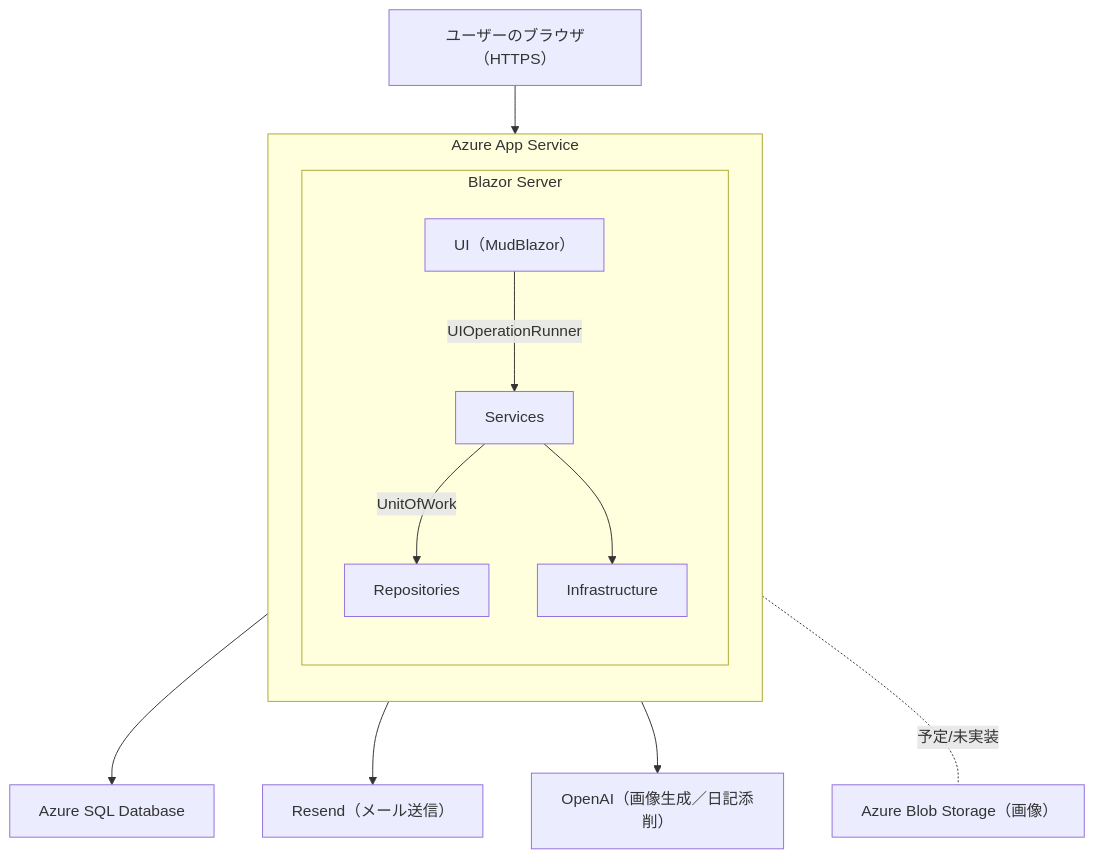
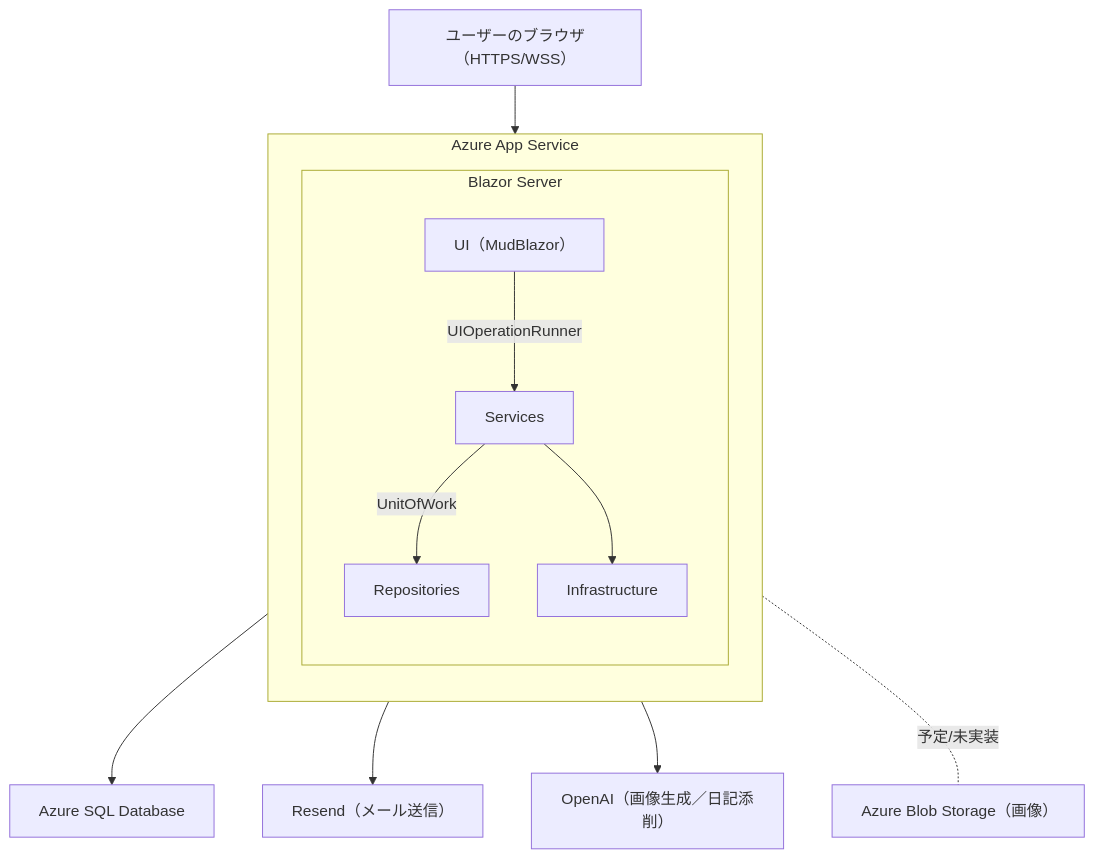
One commit to nsznsnb/PhrazorApp changed the diagram in README.md. Above: the diagram before and after it, drawn with Mermaid.

Commit message:
システム構成図にWSS(WebSocket)の記述を添える

````diff
--- a/README.md
+++ b/README.md
@@ -24,29 +24,29 @@
 ```mermaid
 flowchart TB
 
-  Client["ユーザーのブラウザ（HTTPS）"]
+  Client["ユーザーのブラウザ（HTTPS/WSS）"]
 
   subgraph Azure["Azure App Service"]
     direction TB
 
     subgraph Blazor["Blazor Server"]
       direction TB
      UI["UI（MudBlazor）"]
      SVC["Services"]
      INF["Infrastructure"]
      DATA["Repositories"]
      UI -->|UIOperationRunner| SVC
      SVC -->|UnitOfWork| DATA
      SVC --> INF
     end
   end
 
   Client --> UI
 
   DATA --> SQL["Azure SQL Database"]
   INF --> RESEND["Resend（メール送信）"]
   INF --> OPENAI["OpenAI（画像生成／日記添削）"]
   INF -.予定/未実装.- BLOB["Azure Blob Storage（画像）"]
 
 
 ```
````
